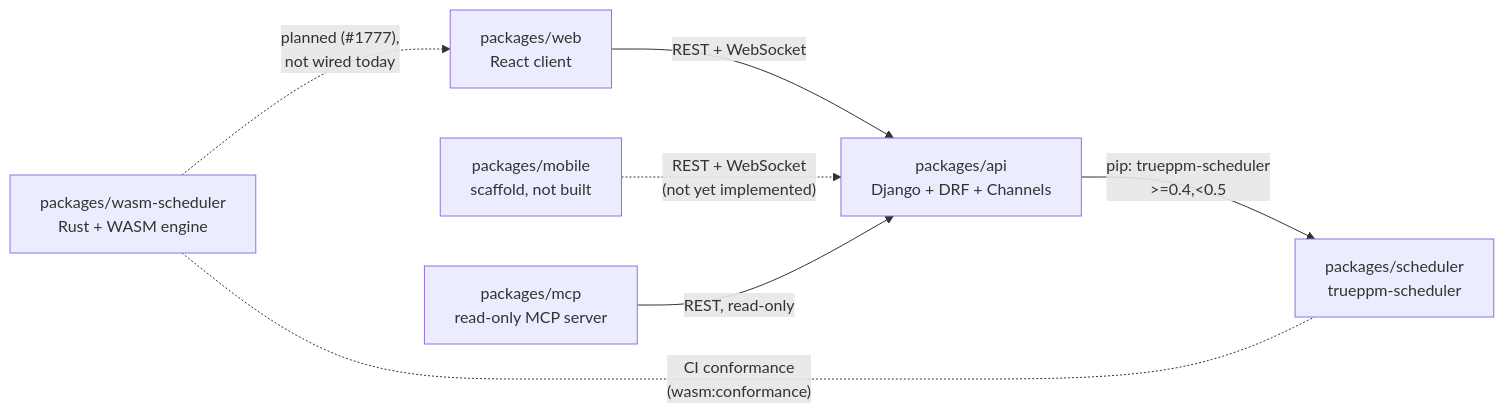
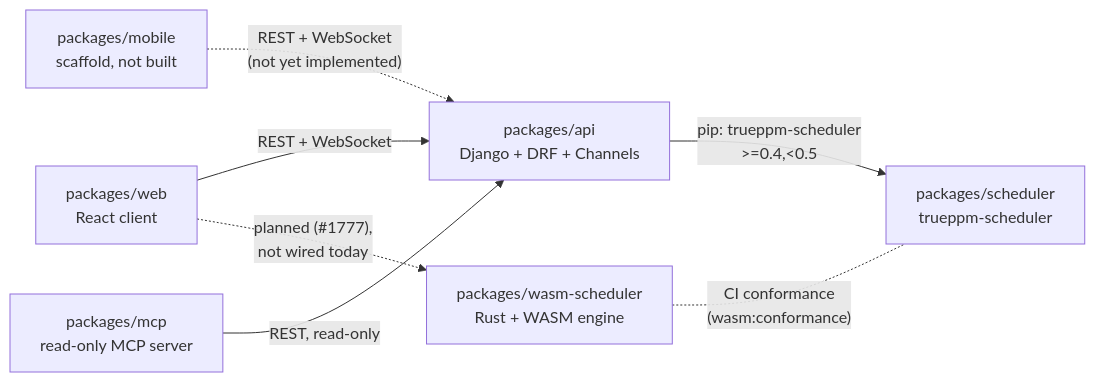
The third of 4 diagrams in packages/website/src/content/docs/architecture/overview.md (TruePPM/trueppm), drawn with Mermaid before and after one commit. The commit also changed other lines of this file and 1 other file, not shown here.

Commit message:
docs(website): point the planned wasm edge at wasm, drop unverified URL patterns (#4877)
Completeness-check fixes:
- Packages diagram: the planned (#1777) edge now runs web -> wasm, matching
  the legend that arrows point at what is depended on.
- Boundary diagram: remove "URL patterns" from the extension-points node;
  no concrete URL-pattern extension hook exists in packages/api.

Re-recorded docs-declaration-baseline.txt (overview.md hash changed; the
edit documents shipped behavior only).

````diff
--- a/packages/website/src/content/docs/architecture/overview.md
+++ b/packages/website/src/content/docs/architecture/overview.md
@@ -154,16 +154,16 @@
 ```mermaid
 flowchart LR
     web["packages/web<br/>React client"]
     mobile["packages/mobile<br/>scaffold, not built"]
     mcp["packages/mcp<br/>read-only MCP server"]
     api["packages/api<br/>Django + DRF + Channels"]
     sched["packages/scheduler<br/>trueppm-scheduler"]
     wasm["packages/wasm-scheduler<br/>Rust + WASM engine"]
 
     web -->|"REST + WebSocket"| api
     mobile -.->|"REST + WebSocket<br/>(not yet implemented)"| api
     mcp -->|"REST, read-only"| api
     api -->|"pip: trueppm-scheduler<br/>>=0.4,<0.5"| sched
     wasm -.-|"CI conformance<br/>(wasm:conformance)"| sched
-    wasm -.->|"planned (#1777),<br/>not wired today"| web
+    web -.->|"planned (#1777),<br/>not wired today"| wasm
 ```
````
